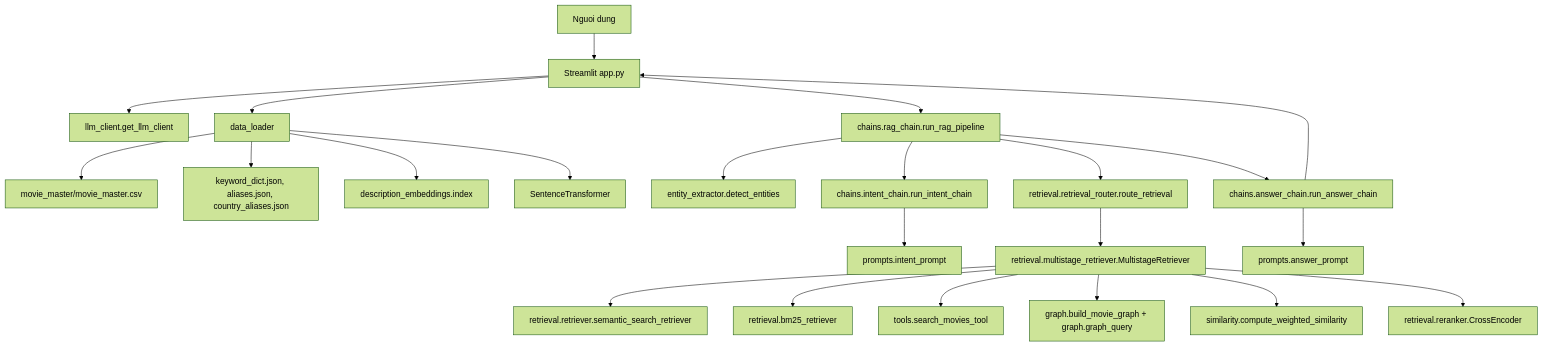
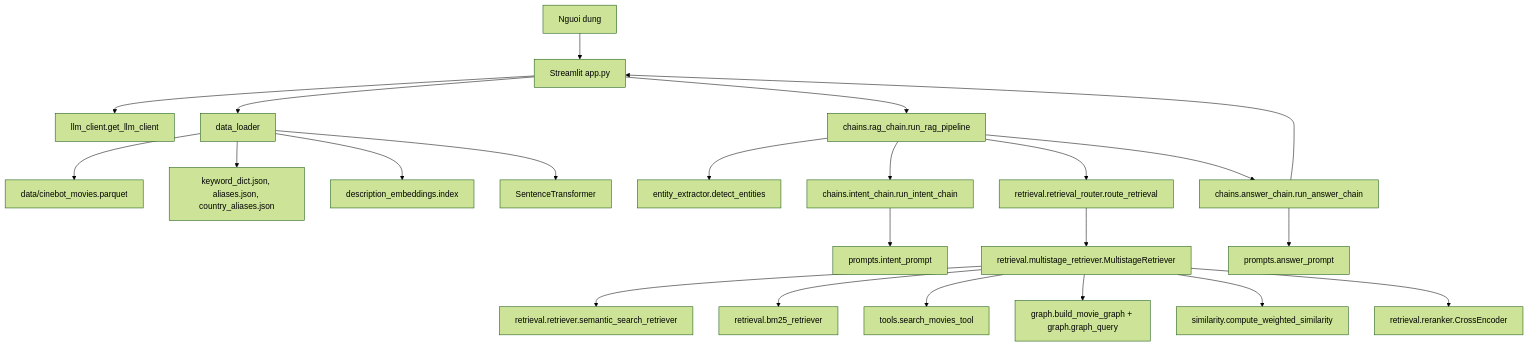
The first of 5 diagrams in chatbot/CHATBOT_ARCHITECTURE_PIPELINE_REPORT.md (Rufus1507/SmartCine-RAG-), drawn with Mermaid (forest theme) before and after one commit. The commit also changed other lines of this file and 17 other files, not shown here.

````diff
--- a/chatbot/CHATBOT_ARCHITECTURE_PIPELINE_REPORT.md
+++ b/chatbot/CHATBOT_ARCHITECTURE_PIPELINE_REPORT.md
@@ -20,28 +20,28 @@
 ```mermaid
 flowchart TD
     U["Nguoi dung"] --> UI["Streamlit app.py"]
     UI --> LLMClient["llm_client.get_llm_client"]
     UI --> Loader["data_loader"]
-    Loader --> CSV["movie_master/movie_master.csv"]
+    Loader --> Parquet["data/cinebot_movies.parquet"]
     Loader --> Keyword["keyword_dict.json, aliases.json, country_aliases.json"]
     Loader --> FAISS["description_embeddings.index"]
     Loader --> Embedder["SentenceTransformer"]
 
     UI --> RAG["chains.rag_chain.run_rag_pipeline"]
     RAG --> Entity["entity_extractor.detect_entities"]
     RAG --> Intent["chains.intent_chain.run_intent_chain"]
     Intent --> IntentPrompt["prompts.intent_prompt"]
     RAG --> Router["retrieval.retrieval_router.route_retrieval"]
 
     Router --> Multi["retrieval.multistage_retriever.MultistageRetriever"]
     Multi --> Sem["retrieval.retriever.semantic_search_retriever"]
     Multi --> BM25["retrieval.bm25_retriever"]
     Multi --> Meta["tools.search_movies_tool"]
     Multi --> Graph["graph.build_movie_graph + graph.graph_query"]
     Multi --> Weighted["similarity.compute_weighted_similarity"]
     Multi --> Rerank["retrieval.reranker.CrossEncoder"]
 
     RAG --> Answer["chains.answer_chain.run_answer_chain"]
     Answer --> AnswerPrompt["prompts.answer_prompt"]
     Answer --> UI
 ```
````
